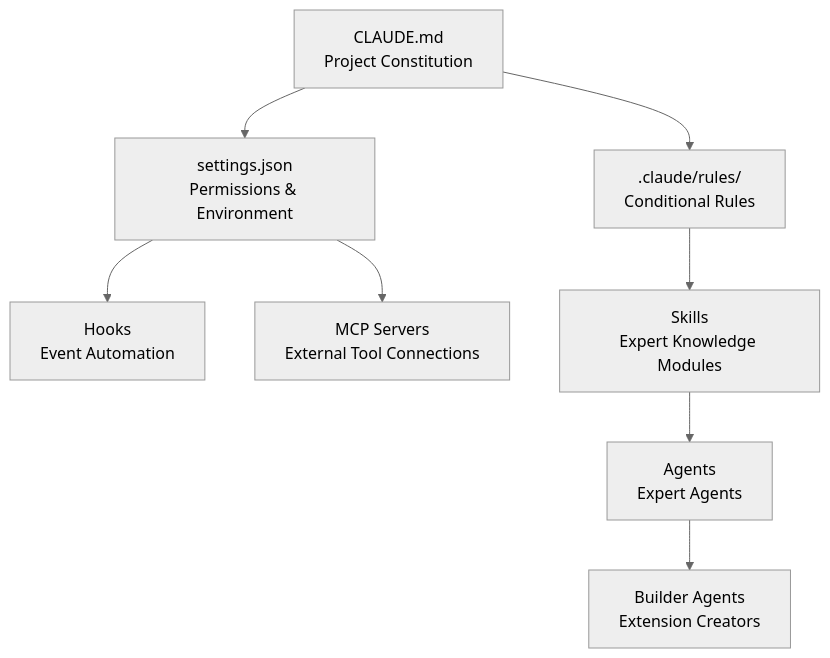
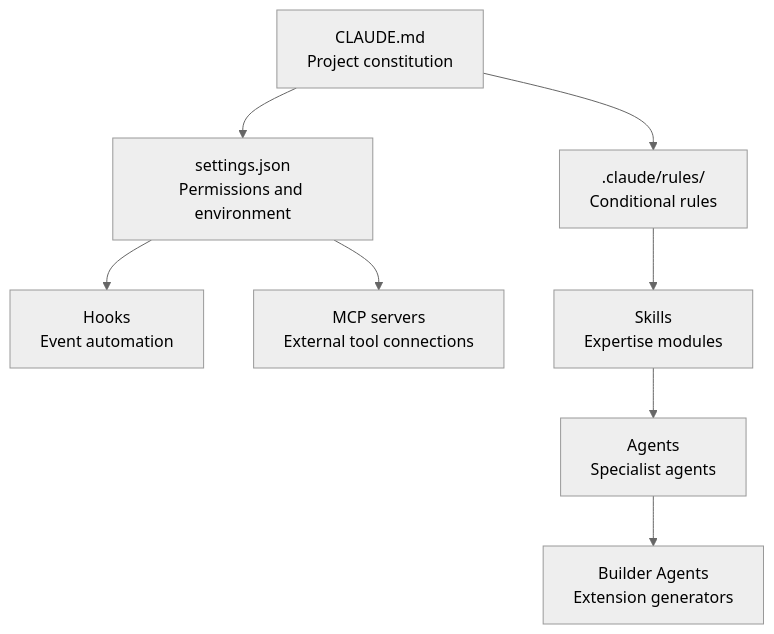
One commit to modu-ai/moai-adk changed the diagram in docs-site/content/en/advanced/_index.md. Above: the diagram before and after it, drawn with Mermaid (neutral theme). The commit also changed other lines of this file and 395 other files, not shown here.

````diff
--- a/docs-site/content/en/advanced/_index.md
+++ b/docs-site/content/en/advanced/_index.md
@@ -17,13 +17,14 @@
 ```mermaid
 flowchart TD
-    CLAUDE["CLAUDE.md<br/>Project Constitution"] --> SETTINGS["settings.json<br/>Permissions & Environment"]
-    CLAUDE --> RULES[".claude/rules/<br/>Conditional Rules"]
+    CLAUDE["CLAUDE.md<br>Project constitution"] --> SETTINGS["settings.json<br>Permissions and environment"]
+    CLAUDE --> RULES[".claude/rules/<br>Conditional rules"]
 
-    SETTINGS --> HOOKS["Hooks<br/>Event Automation"]
-    SETTINGS --> MCP["MCP Servers<br/>External Tool Connections"]
+    SETTINGS --> HOOKS["Hooks<br>Event automation"]
+    SETTINGS --> MCP["MCP servers<br>External tool connections"]
 
-    RULES --> SKILLS["Skills<br/>Expert Knowledge Modules"]
-    SKILLS --> AGENTS["Agents<br/>Expert Agents"]
+    RULES --> SKILLS["Skills<br>Expertise modules"]
+    SKILLS --> AGENTS["Agents<br>Specialist agents"]
 
-    AGENTS --> BUILDERS["Builder Agents<br/>Extension Creators"]
+    AGENTS --> BUILDERS["Builder Agents<br>Extension generators"]
+
 ```
````
